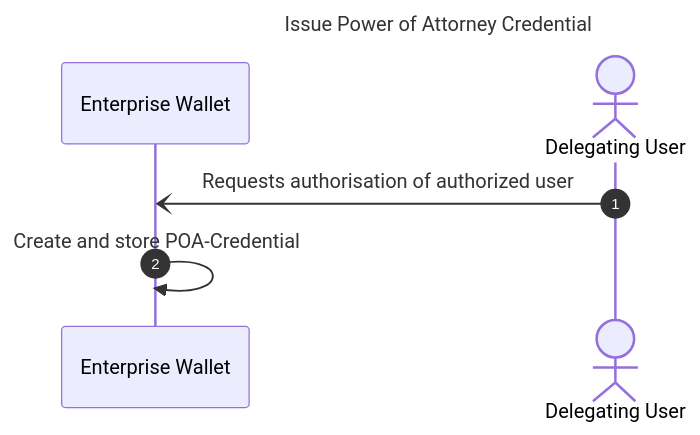
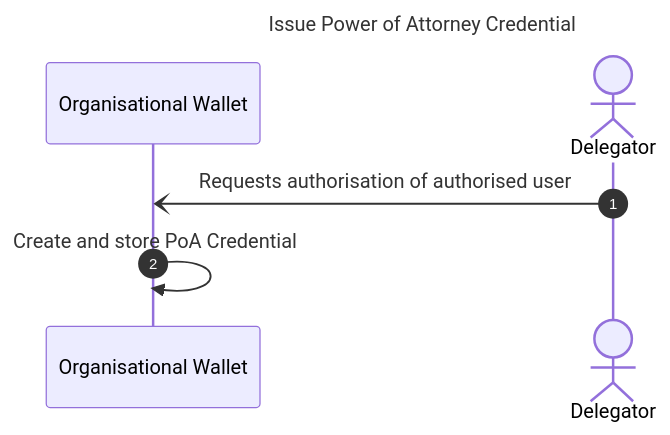
Before and after one commit to EWC-consortium/eudi-wallet-rfcs: the second of 4 diagrams in ewc-rfc010-issue-and-present-organisational-credentials.md, drawn with Mermaid. The commit also changed other lines of this file, not shown here.

````diff
--- a/ewc-rfc010-issue-and-present-organisational-credentials.md
+++ b/ewc-rfc010-issue-and-present-organisational-credentials.md
@@ -532,11 +534,11 @@
 ```mermaid
 sequenceDiagram
   autonumber
   title Issue Power of Attorney Credential
 
-  participant OW as Enterprise Wallet
-  actor DelegatingUser as Delegating User
+  participant OW as Organisational Wallet
+  actor DelegatingUser as Delegator
 
-  DelegatingUser -) OW: Requests authorisation of authorized user
-  OW ->> OW: Create and store POA-Credential
+  DelegatingUser -) OW: Requests authorisation of authorised user
+  OW ->> OW: Create and store PoA Credential
 ```
````
